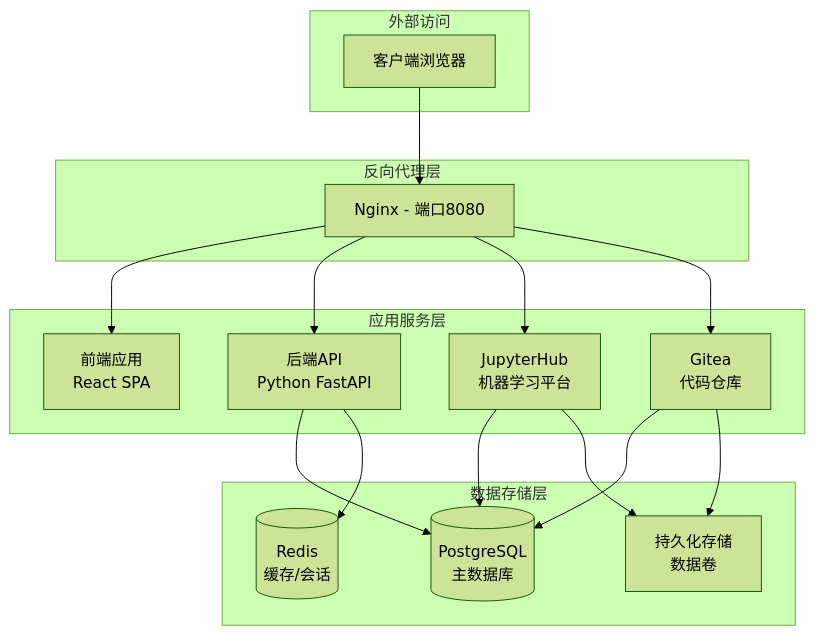
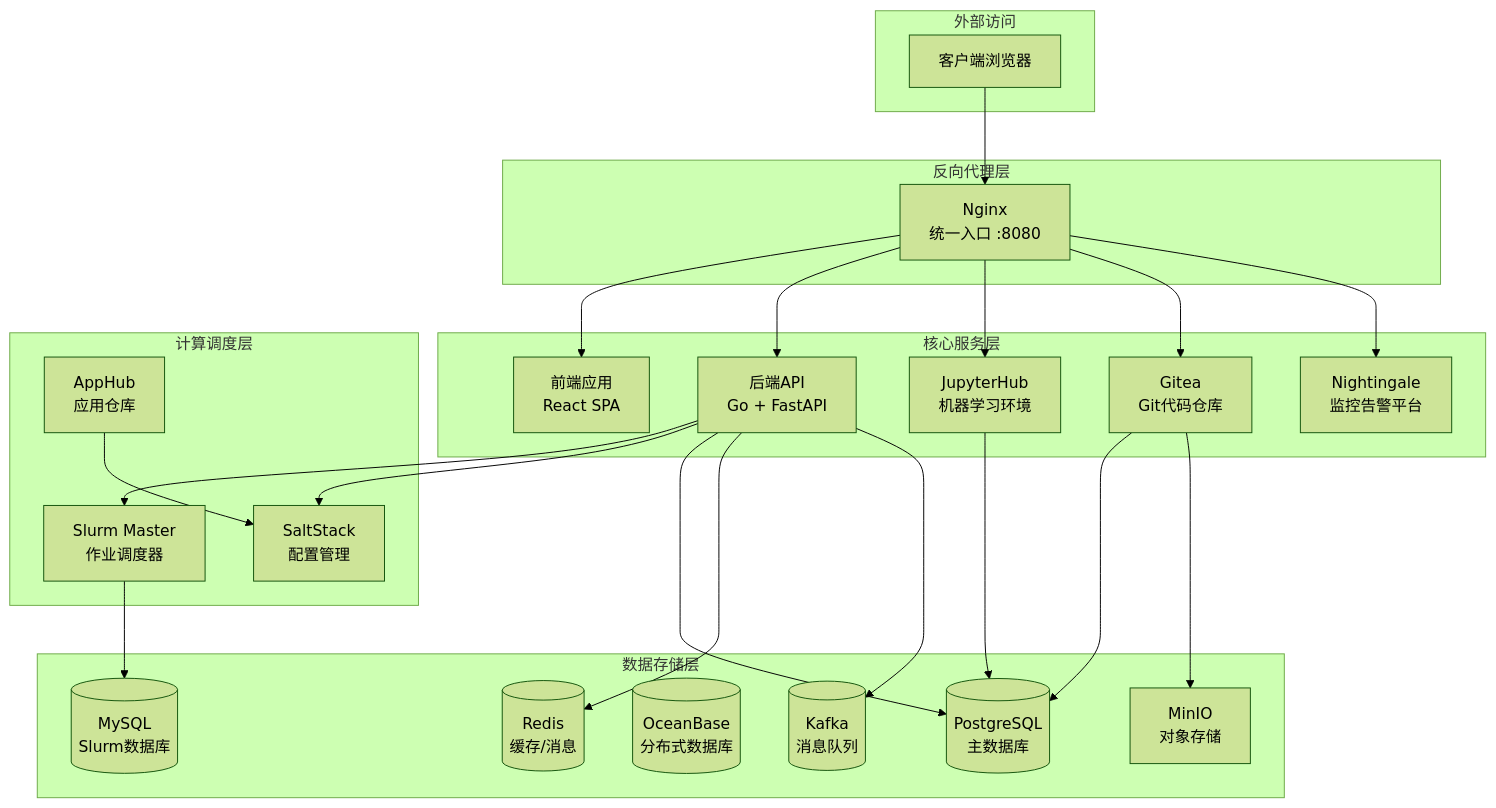
One commit to aresnasa/ai-infra-matrix changed the diagram in README.md. Above: the diagram before and after it, drawn with Mermaid (forest theme). The commit also changed other lines of this file and 10 other files, not shown here.

````diff
--- a/README.md
+++ b/README.md
@@ -38,37 +44,52 @@
 ```mermaid
 graph TB
     subgraph "外部访问"
         Client[客户端浏览器]
     end
     
     subgraph "反向代理层"
-        Nginx[Nginx - 端口8080]
+        Nginx[Nginx<br/>统一入口 :8080]
     end
     
-    subgraph "应用服务层"
+    subgraph "核心服务层"
         Frontend[前端应用<br/>React SPA]
-        Backend[后端API<br/>Python FastAPI]
-        JupyterHub[JupyterHub<br/>机器学习平台]
-        Gitea[Gitea<br/>代码仓库]
+        Backend[后端API<br/>Go + FastAPI]
+        JupyterHub[JupyterHub<br/>机器学习环境]
+        Gitea[Gitea<br/>Git代码仓库]
+        Nightingale[Nightingale<br/>监控告警平台]
+    end
+    
+    subgraph "计算调度层"
+        SlurmMaster[Slurm Master<br/>作业调度器]
+        SaltStack[SaltStack<br/>配置管理]
+        AppHub[AppHub<br/>应用仓库]
     end
     
     subgraph "数据存储层"
         Postgres[(PostgreSQL<br/>主数据库)]
-        Redis[(Redis<br/>缓存/会话)]
-        Storage[持久化存储<br/>数据卷]
+        MySQL[(MySQL<br/>Slurm数据库)]
+        OceanBase[(OceanBase<br/>分布式数据库)]
+        Redis[(Redis<br/>缓存/消息)]
+        Kafka[(Kafka<br/>消息队列)]
+        MinIO[MinIO<br/>对象存储]
     end
     
     Client --> Nginx
     Nginx --> Frontend
     Nginx --> Backend
     Nginx --> JupyterHub
     Nginx --> Gitea
+    Nginx --> Nightingale
     
+    Backend --> SlurmMaster
+    Backend --> SaltStack
     Backend --> Postgres
     Backend --> Redis
+    Backend --> Kafka
+    
     JupyterHub --> Postgres
     Gitea --> Postgres
-    
-    JupyterHub --> Storage
-    Gitea --> Storage
+    Gitea --> MinIO
+    SlurmMaster --> MySQL
+    AppHub --> SaltStack
 ```
````
